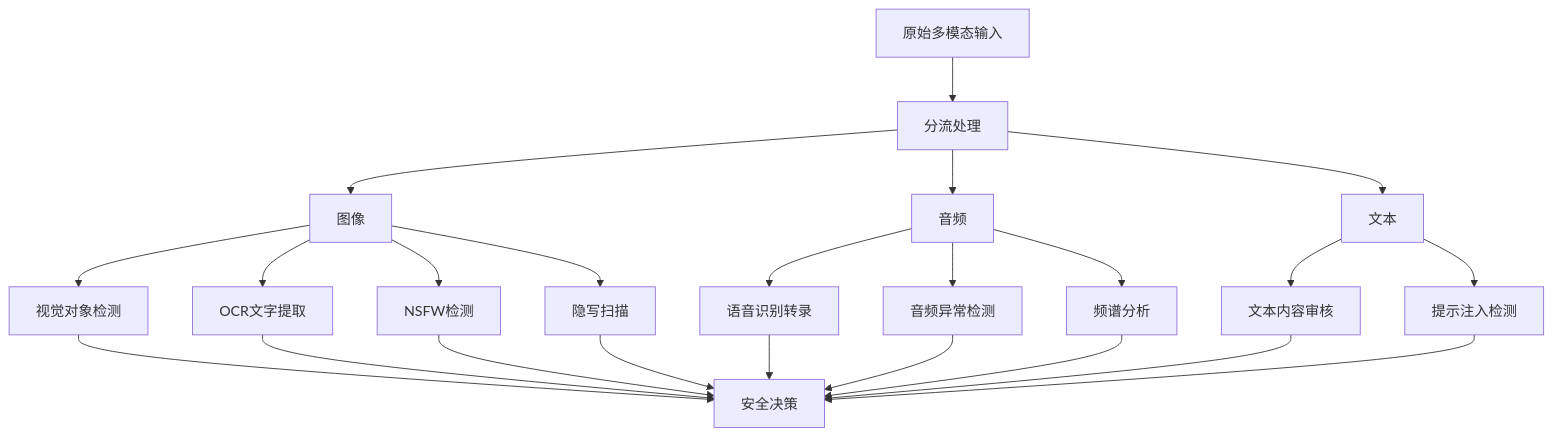
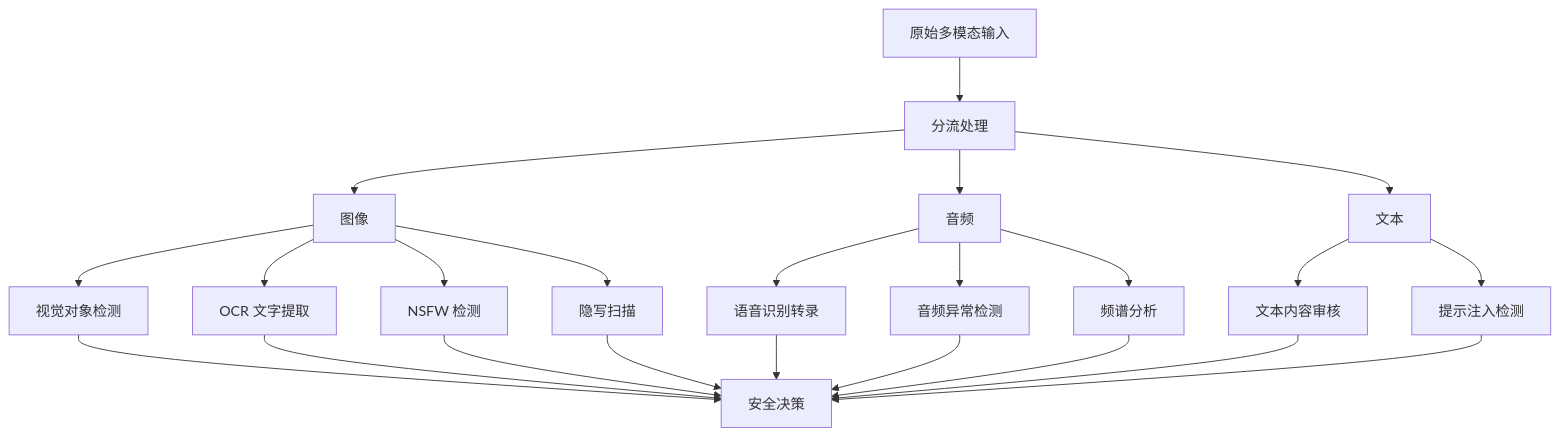
Before and after one commit to yeasy/ai_security_guide: the first of 2 diagrams in 05_jailbreak/5.5_multimodal_defense.md, drawn with Mermaid. The commit also changed other lines of this file and 2 other files, not shown here.

````diff
--- a/05_jailbreak/5.5_multimodal_defense.md
+++ b/05_jailbreak/5.5_multimodal_defense.md
@@ -41,30 +41,30 @@
 ```mermaid
 flowchart TB
     A["原始多模态输入"] --> B["分流处理"]
 
     B --> C["图像"]
     B --> D["音频"]
     B --> E["文本"]
 
     C --> C1["视觉对象检测"]
-    C --> C2["OCR文字提取"]
-    C --> C3["NSFW检测"]
+    C --> C2["OCR 文字提取"]
+    C --> C3["NSFW 检测"]
     C --> C4["隐写扫描"]
 
     D --> D1["语音识别转录"]
     D --> D2["音频异常检测"]
     D --> D3["频谱分析"]
 
     E --> E1["文本内容审核"]
     E --> E2["提示注入检测"]
 
     C1 --> F["安全决策"]
     C2 --> F
     C3 --> F
     C4 --> F
     D1 --> F
     D2 --> F
     D3 --> F
     E1 --> F
     E2 --> F
 ```
````
